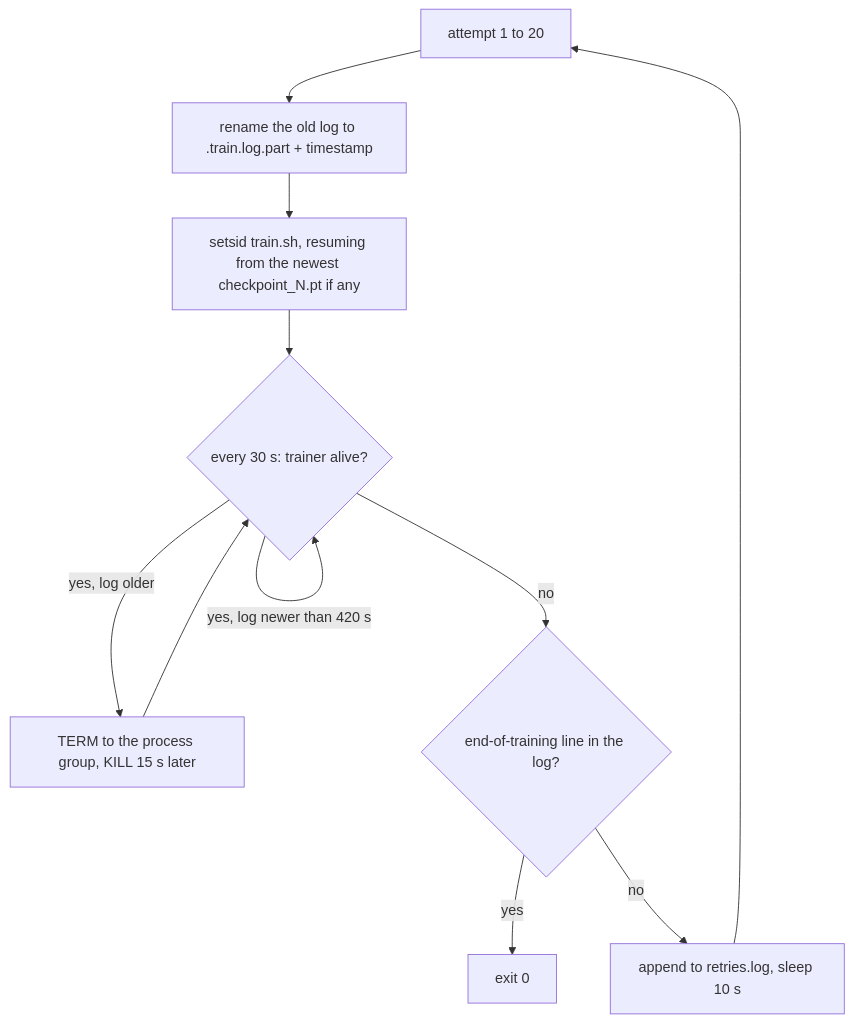
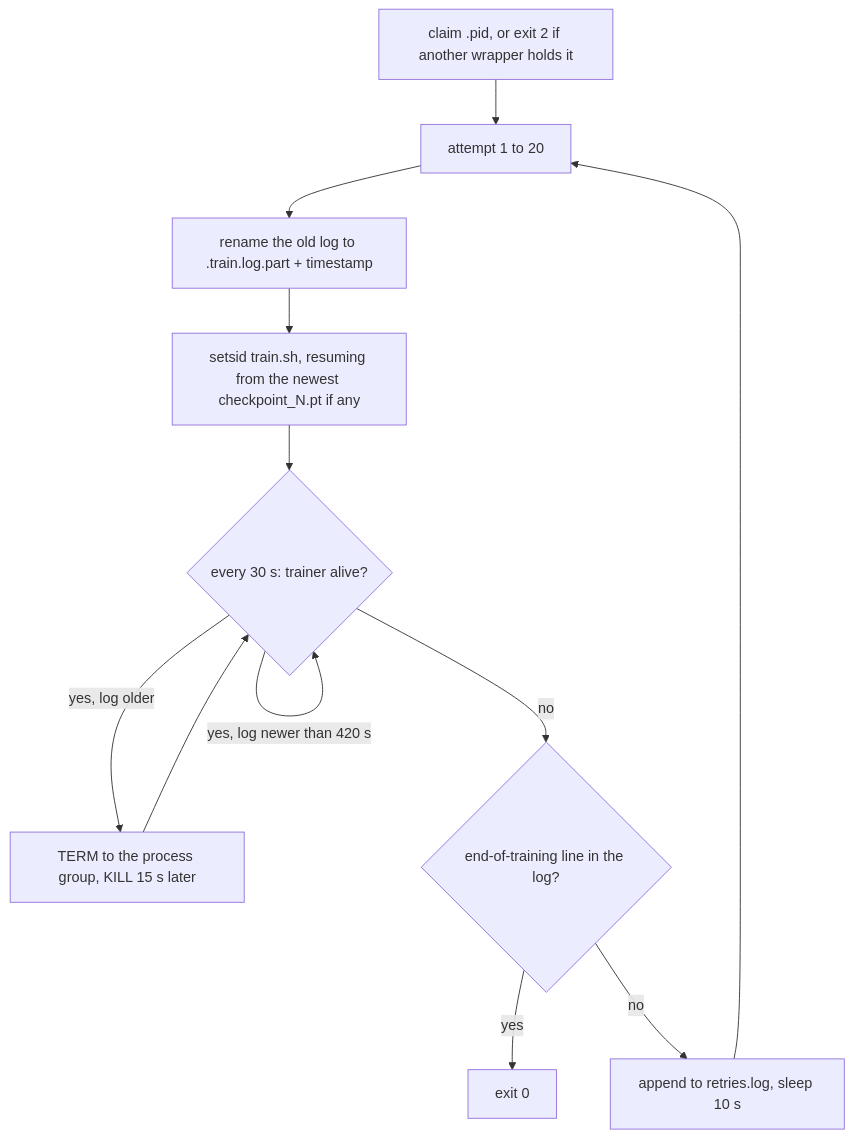
Before and after one commit to arianizadi/vla-from-scratch-site: the diagram in content/chapters/81-surviving-long-runs.md, drawn with Mermaid. The commit also changed other lines of this file and 479 other files, not shown here.

````diff
--- a/content/chapters/81-surviving-long-runs.md
+++ b/content/chapters/81-surviving-long-runs.md
@@ -96,13 +90,14 @@
 ```mermaid
 flowchart TD
+    P["claim <run>.pid, or exit 2 if another wrapper holds it"] --> A
     A["attempt 1 to 20"] --> B["rename the old log to .train.log.part + timestamp"]
     B --> C["setsid train.sh, resuming from the newest checkpoint_N.pt if any"]
     C --> E{"every 30 s: trainer alive?"}
     E -- "yes, log newer than 420 s" --> E
     E -- "yes, log older" --> F["TERM to the process group, KILL 15 s later"]
     F --> E
     E -- "no" --> G{"end-of-training line in the log?"}
     G -- "yes" --> H["exit 0"]
     G -- "no" --> I["append to retries.log, sleep 10 s"]
     I --> A
 ```
````
